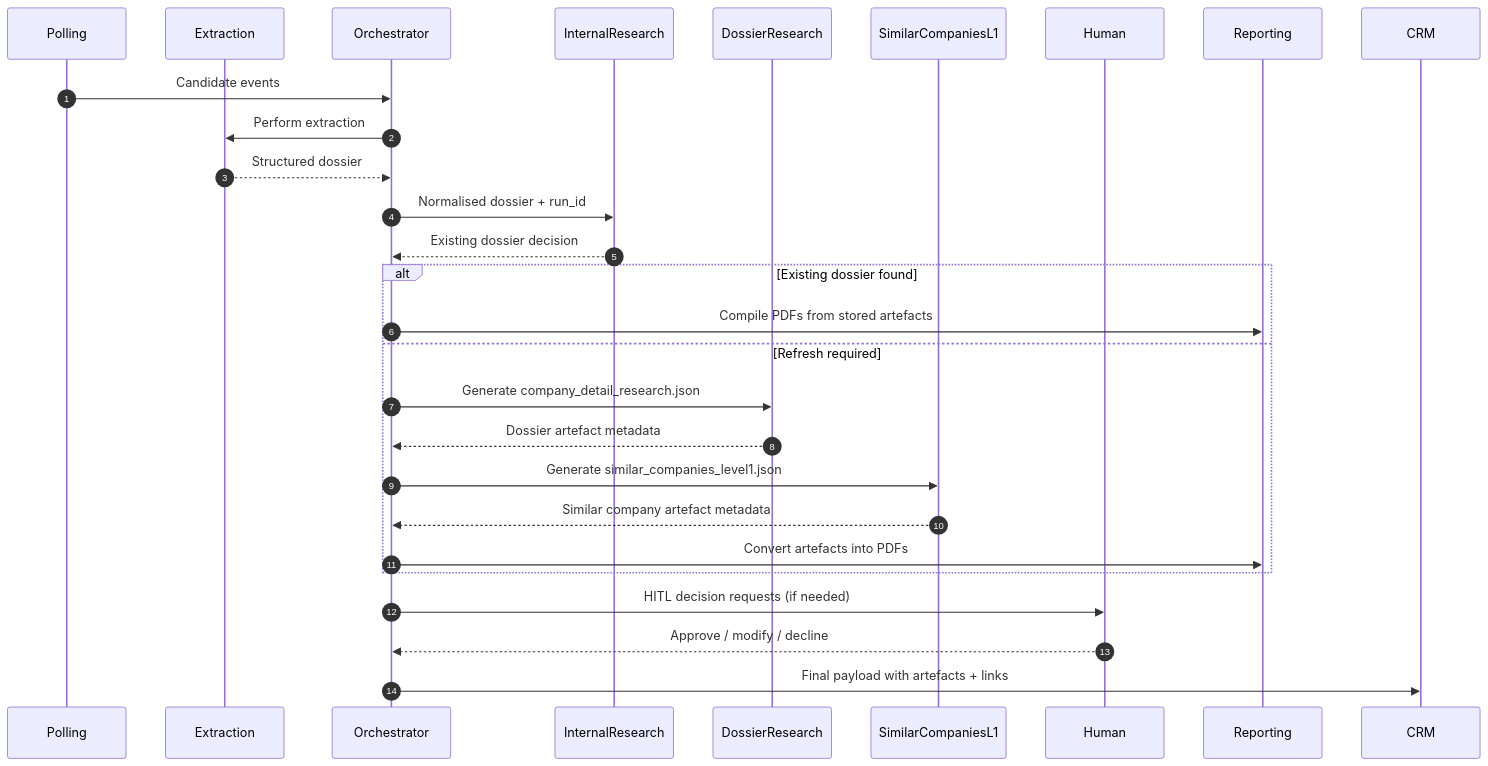
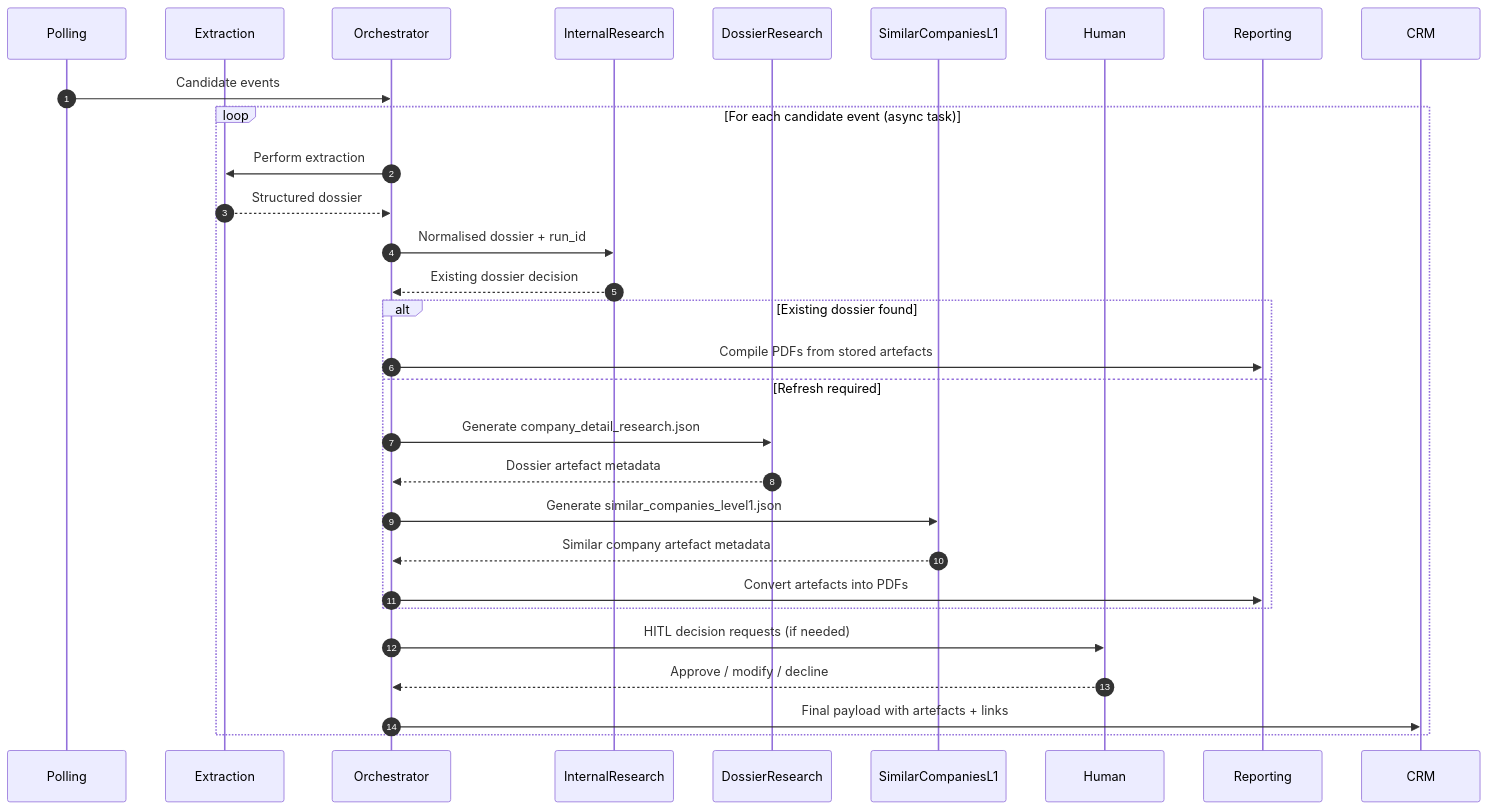
The second of 3 diagrams in docs/architecture.md (KonstantinData/Lead-Market-Insights), drawn with Mermaid before and after one commit. The commit also changed other lines of this file and 3 other files, not shown here.

````diff
--- a/docs/architecture.md
+++ b/docs/architecture.md
@@ -67,31 +67,33 @@
 ```mermaid
 sequenceDiagram
     autonumber
     participant Polling
     participant Extraction
     participant Orchestrator
     participant Internal as InternalResearch
     participant Dossier as DossierResearch
     participant Similar as SimilarCompaniesL1
     participant Human
     participant Reporting
     participant CRM
 
     Polling->>Orchestrator: Candidate events
-    Orchestrator->>Extraction: Perform extraction
-    Extraction-->>Orchestrator: Structured dossier
-    Orchestrator->>Internal: Normalised dossier + run_id
-    Internal-->>Orchestrator: Existing dossier decision
-    alt Existing dossier found
-        Orchestrator->>Reporting: Compile PDFs from stored artefacts
-    else Refresh required
-        Orchestrator->>Dossier: Generate company_detail_research.json
-        Dossier-->>Orchestrator: Dossier artefact metadata
-        Orchestrator->>Similar: Generate similar_companies_level1.json
-        Similar-->>Orchestrator: Similar company artefact metadata
-        Orchestrator->>Reporting: Convert artefacts into PDFs
+    loop For each candidate event (async task)
+        Orchestrator->>Extraction: Perform extraction
+        Extraction-->>Orchestrator: Structured dossier
+        Orchestrator->>Internal: Normalised dossier + run_id
+        Internal-->>Orchestrator: Existing dossier decision
+        alt Existing dossier found
+            Orchestrator->>Reporting: Compile PDFs from stored artefacts
+        else Refresh required
+            Orchestrator->>Dossier: Generate company_detail_research.json
+            Dossier-->>Orchestrator: Dossier artefact metadata
+            Orchestrator->>Similar: Generate similar_companies_level1.json
+            Similar-->>Orchestrator: Similar company artefact metadata
+            Orchestrator->>Reporting: Convert artefacts into PDFs
+        end
+        Orchestrator->>Human: HITL decision requests (if needed)
+        Human-->>Orchestrator: Approve / modify / decline
+        Orchestrator->>CRM: Final payload with artefacts + links
     end
-    Orchestrator->>Human: HITL decision requests (if needed)
-    Human-->>Orchestrator: Approve / modify / decline
-    Orchestrator->>CRM: Final payload with artefacts + links
 ```
````
